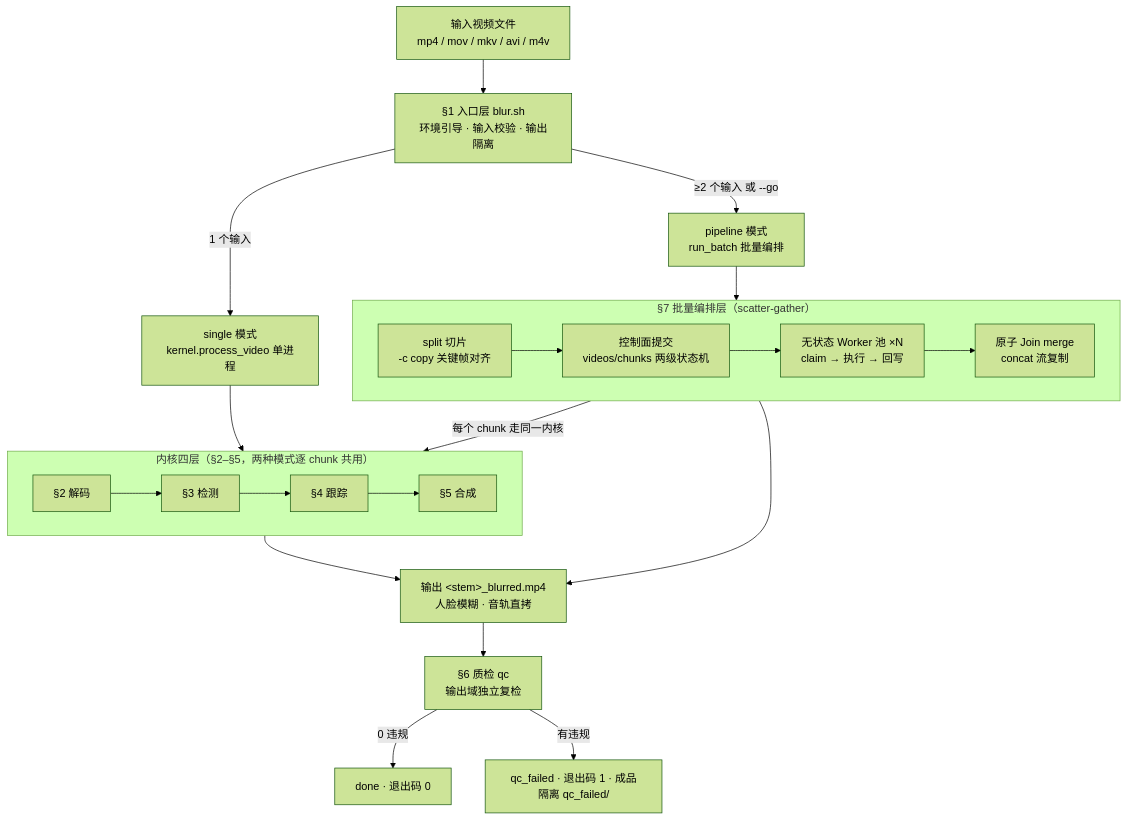
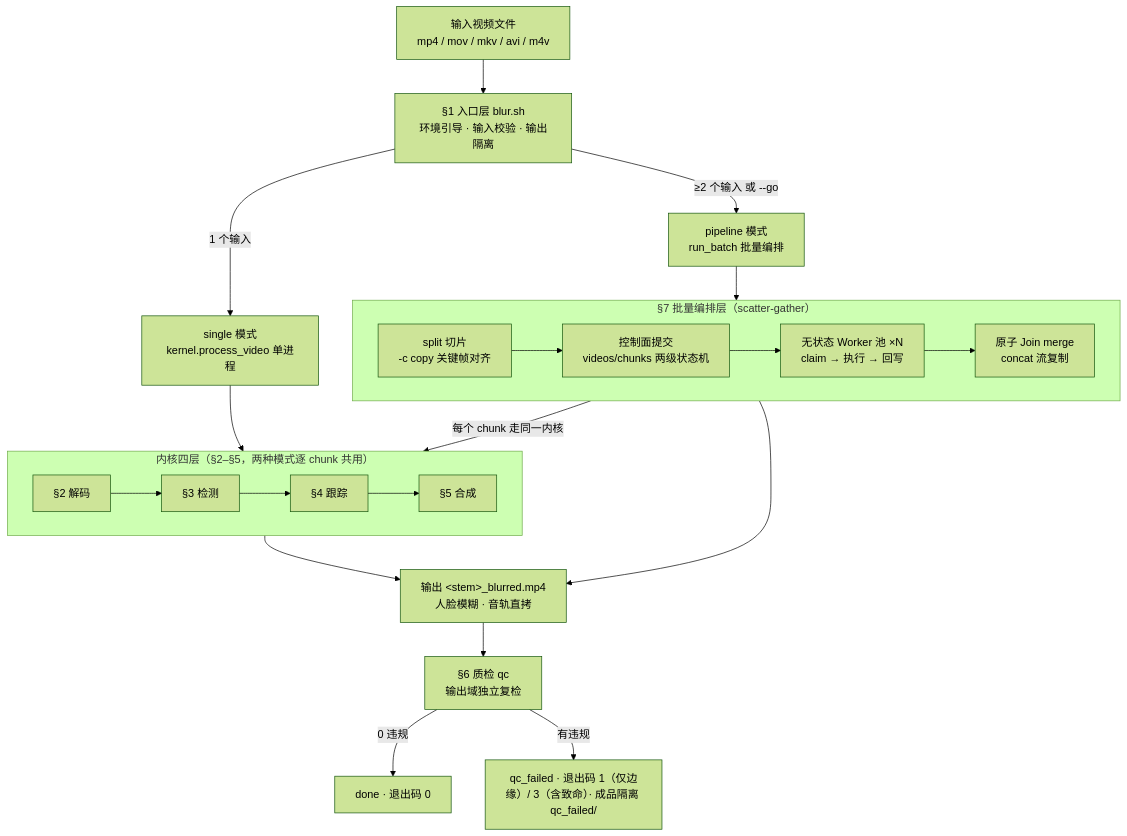
One commit to Zzz-ww/face-blur-lite changed the first of 5 diagrams in docs/pipeline-guide.md. Above: the diagram before and after it, drawn with Mermaid (forest theme). The commit also changed other lines of this file and 2 other files, not shown here.

First line of the commit message:
docs: 契约 v1.2 围栏语义 + pipeline-guide 分级/退出码/chunk_retry + 校准记录

````diff
--- a/docs/pipeline-guide.md
+++ b/docs/pipeline-guide.md
@@ -15,24 +15,24 @@
 ```mermaid
 flowchart TD
     IN["输入视频文件<br/>mp4 / mov / mkv / avi / m4v"] --> SH["§1 入口层 blur.sh<br/>环境引导 · 输入校验 · 输出隔离"]
     SH -->|"1 个输入"| SINGLE["single 模式<br/>kernel.process_video 单进程"]
     SH -->|"≥2 个输入 或 --go"| PIPE["pipeline 模式<br/>run_batch 批量编排"]
     subgraph P["§7 批量编排层（scatter-gather）"]
         direction LR
         SPL["split 切片<br/>-c copy 关键帧对齐"] --> CP["控制面提交<br/>videos/chunks 两级状态机"]
         CP --> WP["无状态 Worker 池 ×N<br/>claim → 执行 → 回写"]
         WP --> MJ["原子 Join merge<br/>concat 流复制"]
     end
     PIPE --> P
     subgraph K["内核四层（§2–§5，两种模式逐 chunk 共用）"]
         direction LR
         DEC["§2 解码"] --> DET["§3 检测"] --> TRK["§4 跟踪"] --> BLR["§5 合成"]
     end
     SINGLE --> K
     P -->|"每个 chunk 走同一内核"| K
     K --> OUT["输出 &lt;stem&gt;_blurred.mp4<br/>人脸模糊 · 音轨直拷"]
     MJ --> OUT
     OUT --> QC["§6 质检 qc<br/>输出域独立复检"]
     QC -->|"0 违规"| OK["done · 退出码 0"]
-    QC -->|"有违规"| BAD["qc_failed · 退出码 1 · 成品隔离 qc_failed/"]
+    QC -->|"有违规"| BAD["qc_failed · 退出码 1（仅边缘）/ 3（含致命）· 成品隔离 qc_failed/"]
 ```
````
